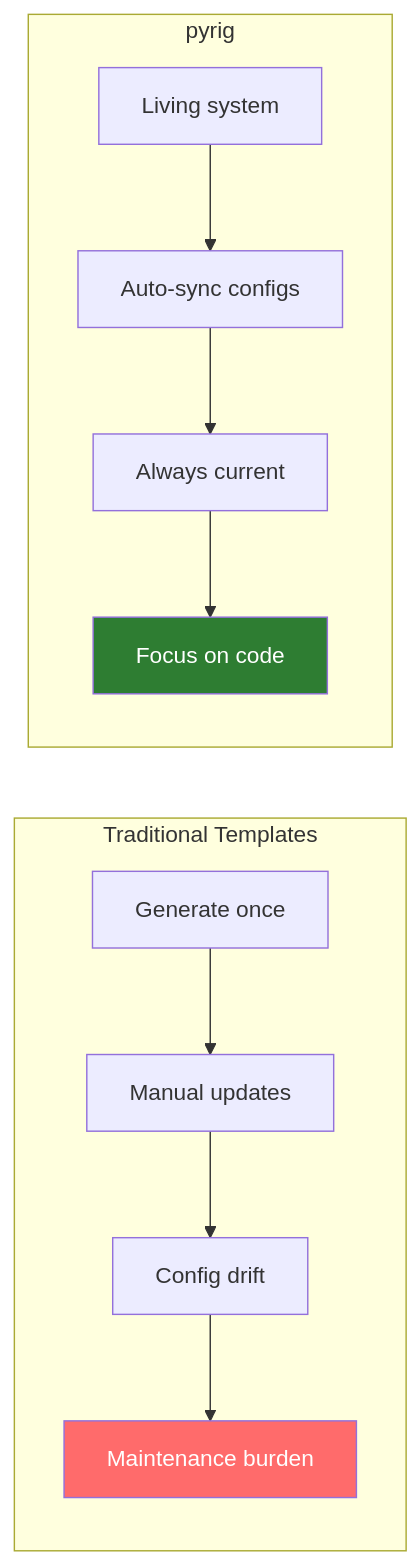
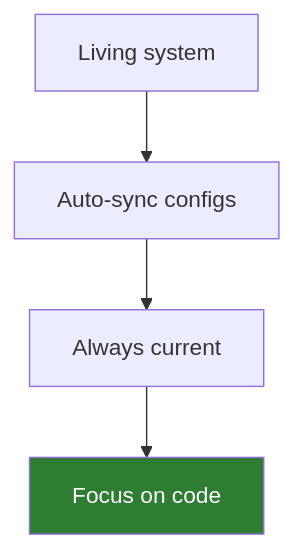
The second of 5 diagrams in README.md (Winipedia/pyrig), drawn with Mermaid before and after one commit. The commit also changed other lines of this file and 32 other files, not shown here.

````diff
--- a/README.md
+++ b/README.md
@@ -38,17 +52,7 @@
 ```mermaid
-graph LR
-    subgraph "Traditional Templates"
-        T1[Generate once] --> T2[Manual updates]
-        T2 --> T3[Config drift]
-        T3 --> T4[Maintenance burden]
-    end
-
-    subgraph "pyrig"
-        P1[Living system] --> P2[Auto-sync configs]
-        P2 --> P3[Always current]
-        P3 --> P4[Focus on code]
-    end
-
-    style T4 fill:#FF6B6B,color:#fff
+graph TB
+    P1[Living system] --> P2[Auto-sync configs]
+    P2 --> P3[Always current]
+    P3 --> P4[Focus on code]
     style P4 fill:#2E7D32,color:#fff
 ```
````
